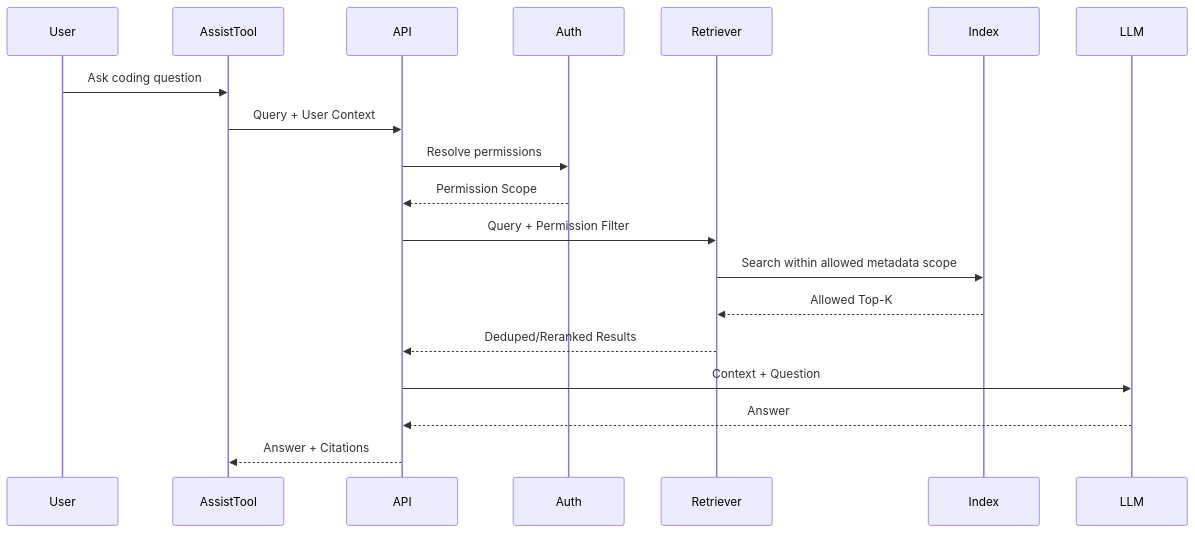
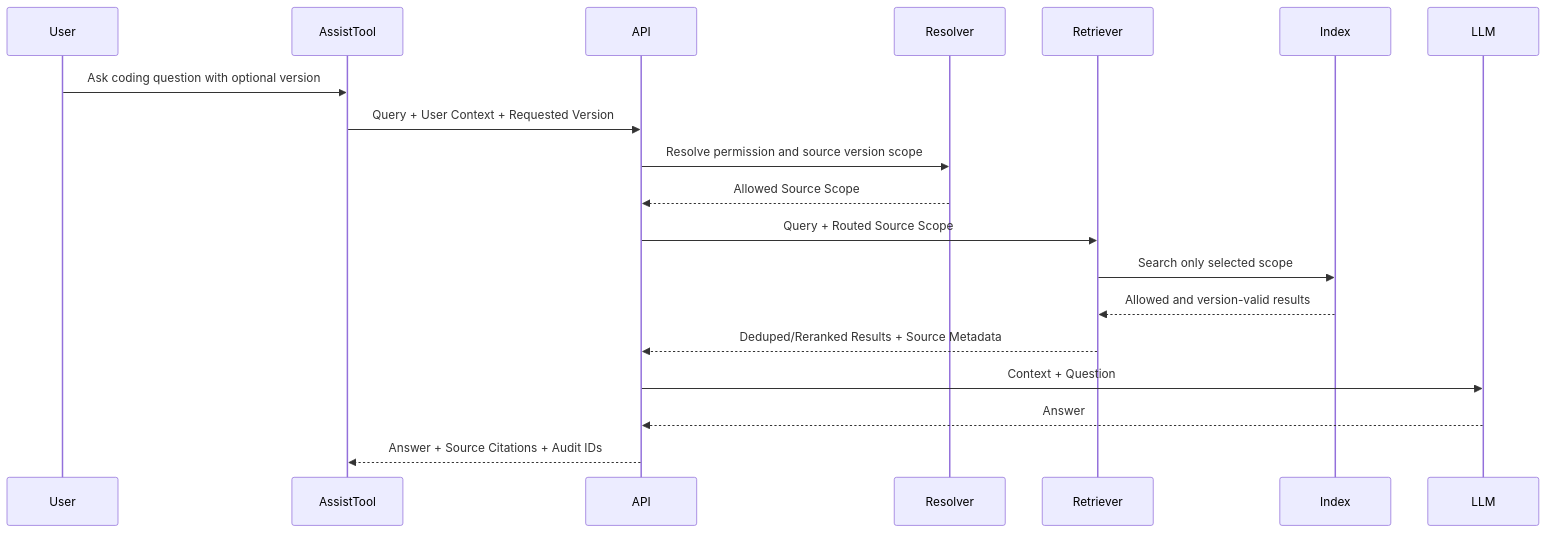
The third of 3 diagrams in doc/03_DP2_Permission_Aware_Dataset_Strategy.md (younlea/2026_architect_9B_team), drawn with Mermaid before and after one commit. The commit also changed other lines of this file and 14 other files, not shown here.

````diff
--- a/doc/03_DP2_Permission_Aware_Dataset_Strategy.md
+++ b/doc/03_DP2_Permission_Aware_Dataset_Strategy.md
@@ -278,22 +322,22 @@
 ```mermaid
 sequenceDiagram
     participant User
     participant AssistTool
     participant API
-    participant Auth
+    participant Resolver
     participant Retriever
     participant Index
     participant LLM
 
-    User->>AssistTool: Ask coding question
-    AssistTool->>API: Query + User Context
-    API->>Auth: Resolve permissions
-    Auth-->>API: Permission Scope
-    API->>Retriever: Query + Permission Filter
-    Retriever->>Index: Search within allowed metadata scope
-    Index-->>Retriever: Allowed Top-K
-    Retriever-->>API: Deduped/Reranked Results
+    User->>AssistTool: Ask coding question with optional version
+    AssistTool->>API: Query + User Context + Requested Version
+    API->>Resolver: Resolve permission and source version scope
+    Resolver-->>API: Allowed Source Scope
+    API->>Retriever: Query + Routed Source Scope
+    Retriever->>Index: Search only selected scope
+    Index-->>Retriever: Allowed and version-valid results
+    Retriever-->>API: Deduped/Reranked Results + Source Metadata
     API->>LLM: Context + Question
     LLM-->>API: Answer
-    API-->>AssistTool: Answer + Citations
+    API-->>AssistTool: Answer + Source Citations + Audit IDs
 ```
````
